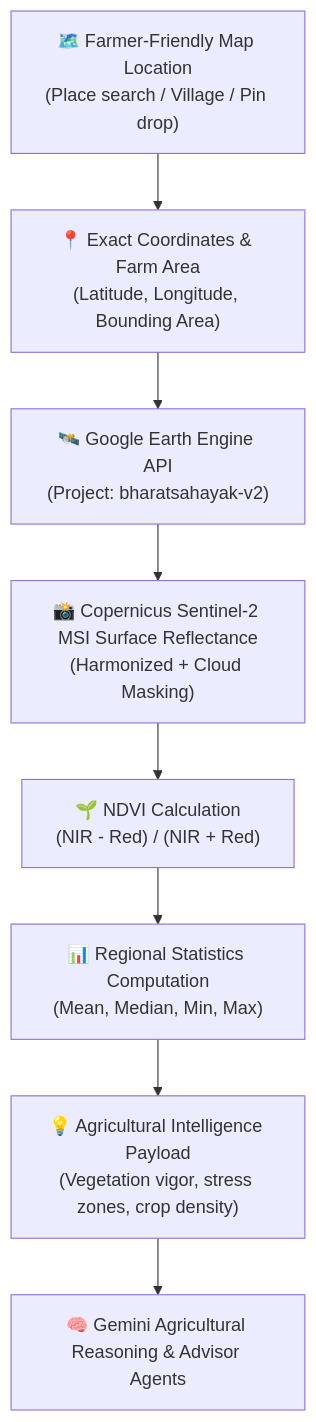
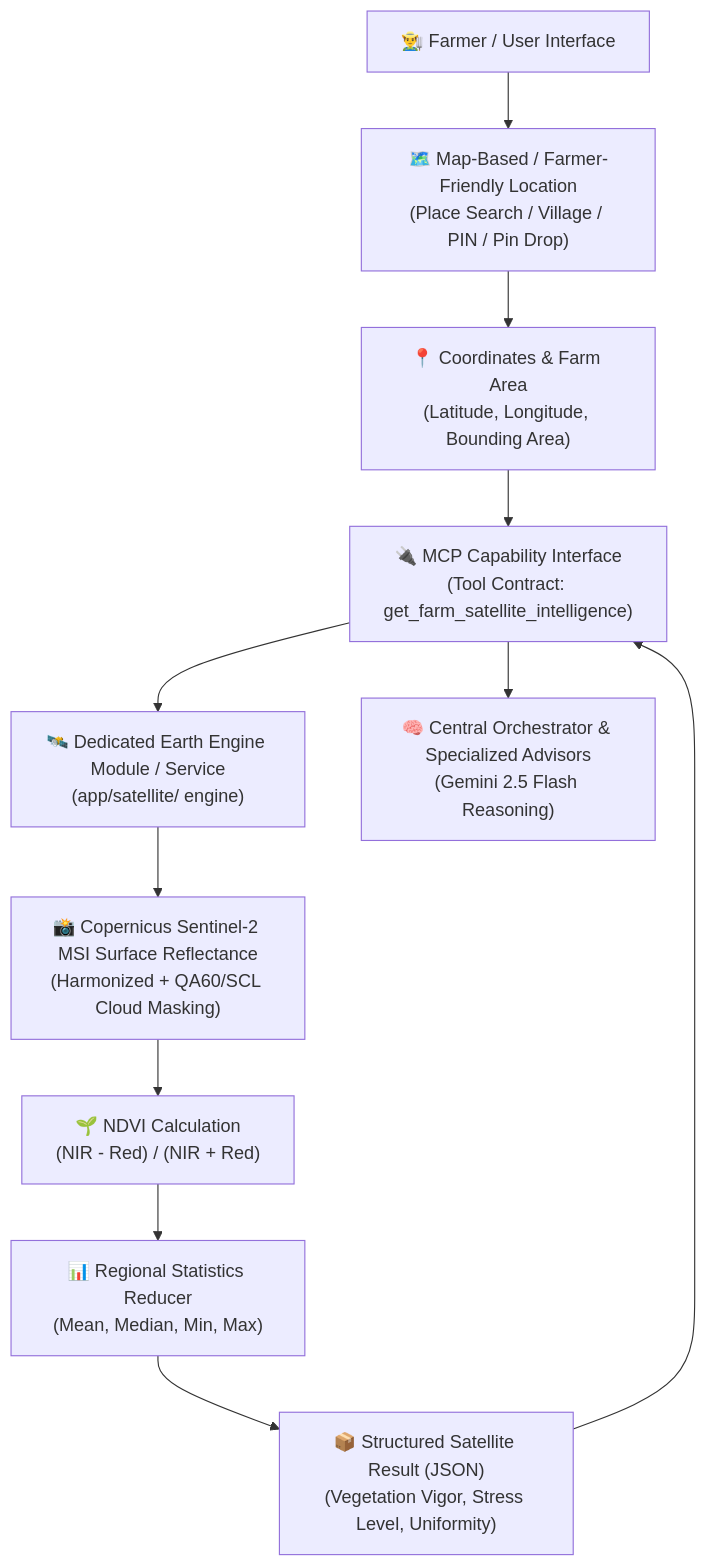
The second of 2 diagrams in docs/ARCHITECTURE.md (Kushagra-Dixit-0906/bharatsahayak-v2), drawn with Mermaid before and after one commit. The commit also changed other lines of this file and 5 other files, not shown here.

Commit message:
docs: define Earth Engine foundation architecture

````diff
--- a/docs/ARCHITECTURE.md
+++ b/docs/ARCHITECTURE.md
@@ -157,10 +162,13 @@
 ```mermaid
 graph TD
-    A["🗺️ Farmer-Friendly Map Location\n(Place search / Village / Pin drop)"] --> B["📍 Exact Coordinates & Farm Area\n(Latitude, Longitude, Bounding Area)"]
-    B --> C["🛰️ Google Earth Engine API\n(Project: bharatsahayak-v2)"]
-    C --> D["📸 Copernicus Sentinel-2 MSI Surface Reflectance\n(Harmonized + Cloud Masking)"]
-    D --> E["🌱 NDVI Calculation\n(NIR - Red) / (NIR + Red)"]
-    E --> F["📊 Regional Statistics Computation\n(Mean, Median, Min, Max)"]
-    F --> G["💡 Agricultural Intelligence Payload\n(Vegetation vigor, stress zones, crop density)"]
-    G --> H["🧠 Gemini Agricultural Reasoning & Advisor Agents"]
+    A["👨‍🌾 Farmer / User Interface"] --> B["🗺️ Map-Based / Farmer-Friendly Location\n(Place Search / Village / PIN / Pin Drop)"]
+    B --> C["📍 Coordinates & Farm Area\n(Latitude, Longitude, Bounding Area)"]
+    C --> D["🔌 MCP Capability Interface\n(Tool Contract: get_farm_satellite_intelligence)"]
+    D --> E["🛰️ Dedicated Earth Engine Module / Service\n(app/satellite/ engine)"]
+    E --> F["📸 Copernicus Sentinel-2 MSI Surface Reflectance\n(Harmonized + QA60/SCL Cloud Masking)"]
+    F --> G["🌱 NDVI Calculation\n(NIR - Red) / (NIR + Red)"]
+    G --> H["📊 Regional Statistics Reducer\n(Mean, Median, Min, Max)"]
+    H --> I["📦 Structured Satellite Result (JSON)\n(Vegetation Vigor, Stress Level, Uniformity)"]
+    I --> D
+    D --> J["🧠 Central Orchestrator & Specialized Advisors\n(Gemini 2.5 Flash Reasoning)"]
 ```
````
